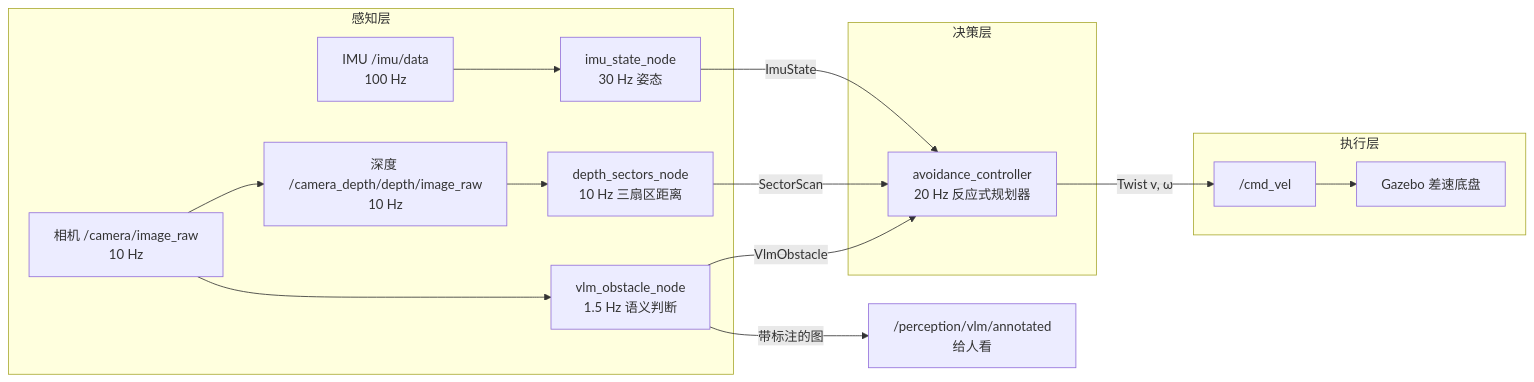
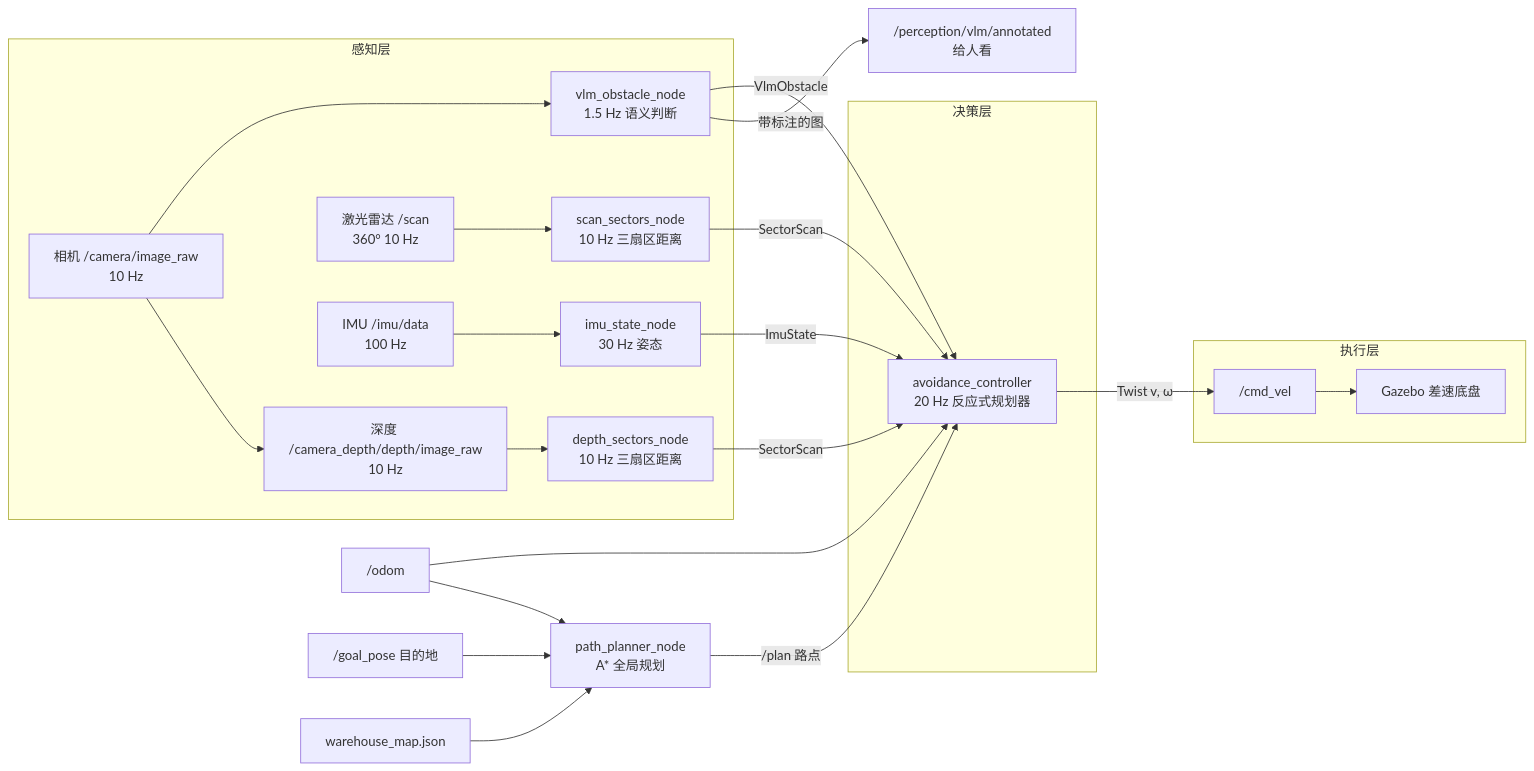
The first of 10 diagrams in docs/beginner_guide.md (HumanDr/VLM_init), drawn with Mermaid before and after one commit. The commit also changed other lines of this file and 50 other files, not shown here.

````diff
--- a/docs/beginner_guide.md
+++ b/docs/beginner_guide.md
@@ -55,26 +58,35 @@
 ```mermaid
 flowchart LR
   subgraph 感知层
     CAM["相机 /camera/image_raw<br/>10 Hz"]
     DEP["深度 /camera_depth/depth/image_raw<br/>10 Hz"]
+    LID["激光雷达 /scan<br/>360° 10 Hz"]
     IMU["IMU /imu/data<br/>100 Hz"]
     VLM["vlm_obstacle_node<br/>1.5 Hz 语义判断"]
     SEC["depth_sectors_node<br/>10 Hz 三扇区距离"]
+    SCA["scan_sectors_node<br/>10 Hz 三扇区距离"]
     FILT["imu_state_node<br/>30 Hz 姿态"]
   end
   subgraph 决策层
     CTRL["avoidance_controller<br/>20 Hz 反应式规划器"]
   end
   subgraph 执行层
     CMD["/cmd_vel"]
     GAZ["Gazebo 差速底盘"]
   end
   CAM --> VLM
   CAM --> DEP --> SEC
+  LID --> SCA
   IMU --> FILT
   VLM -->|"VlmObstacle"| CTRL
   SEC -->|"SectorScan"| CTRL
+  SCA -->|"SectorScan"| CTRL
   FILT -->|"ImuState"| CTRL
+  ODOM["/odom"] --> CTRL
+  GOAL["/goal_pose 目的地"] --> PLAN["path_planner_node<br/>A* 全局规划"]
+  ODOM --> PLAN
+  MAP["warehouse_map.json"] --> PLAN
+  PLAN -->|"/plan 路点"| CTRL
   CTRL -->|"Twist v, ω"| CMD --> GAZ
   VLM -->|"带标注的图"| DEBUG["/perception/vlm/annotated<br/>给人看"]
 ```
````
